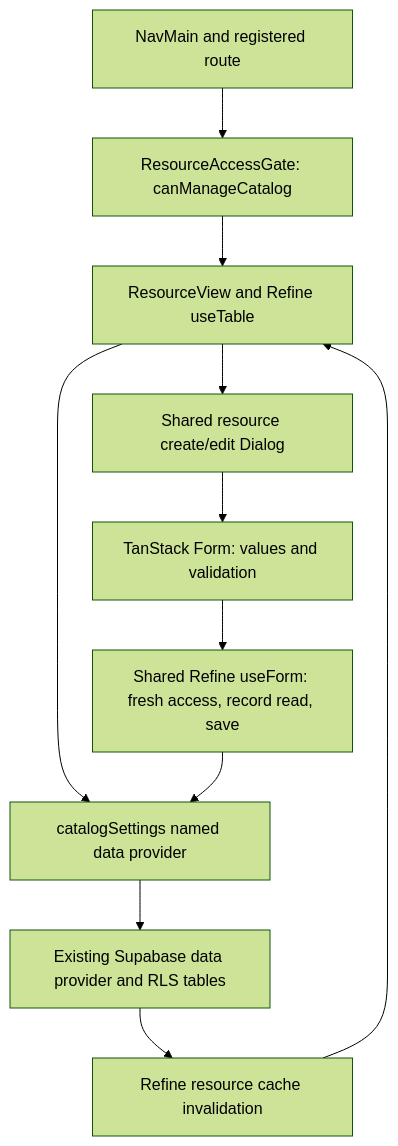
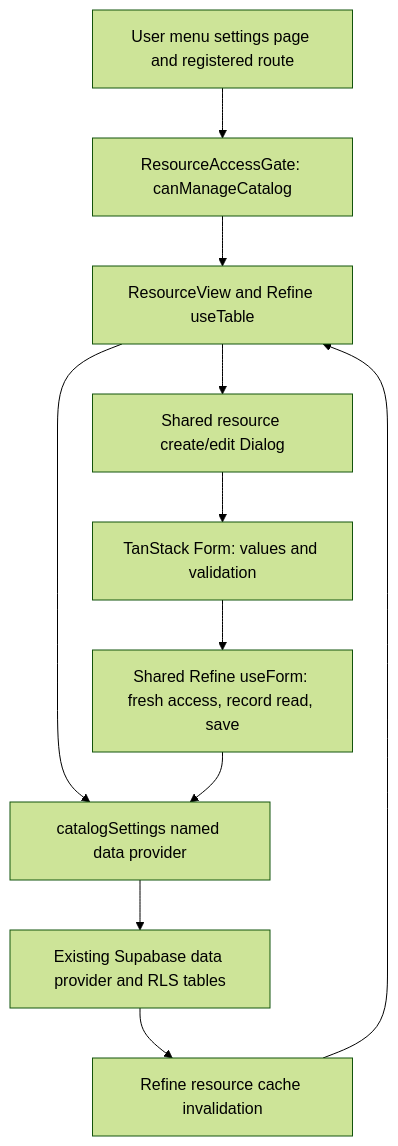
One commit to TechBokra/Alrehla_T changed the diagram in admin/doc/catalog-settings.md. Above: the diagram before and after it, drawn with Mermaid (forest theme). The commit also changed other lines of this file and 46 other files, not shown here.

Commit message:
feat: add promotions feature, reorganize settings structure, and update resource reordering

````diff
--- a/admin/doc/catalog-settings.md
+++ b/admin/doc/catalog-settings.md
@@ -44,13 +45,13 @@
 ```mermaid
 flowchart TD
-  Nav[NavMain and registered route] --> Gate[ResourceAccessGate: canManageCatalog]
+  Nav[User menu settings page and registered route] --> Gate[ResourceAccessGate: canManageCatalog]
   Gate --> List[ResourceView and Refine useTable]
   List --> Provider[catalogSettings named data provider]
   List --> Dialog[Shared resource create/edit Dialog]
   Dialog --> Form[TanStack Form: values and validation]
   Form --> Crud[Shared Refine useForm: fresh access, record read, save]
   Crud --> Provider
   Provider --> DB[Existing Supabase data provider and RLS tables]
   DB --> Cache[Refine resource cache invalidation]
   Cache --> List
 ```
````
